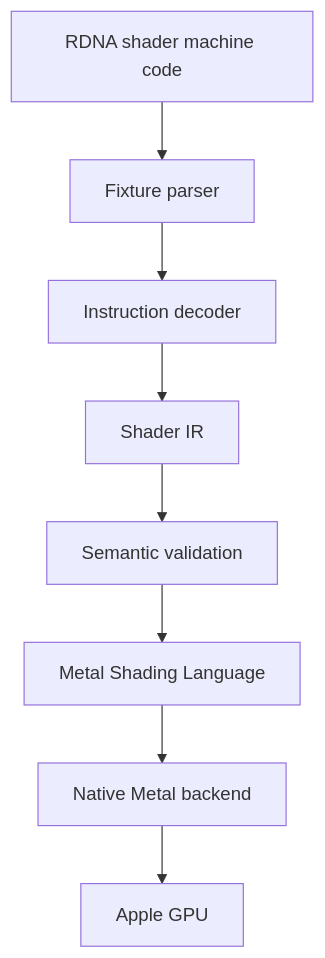
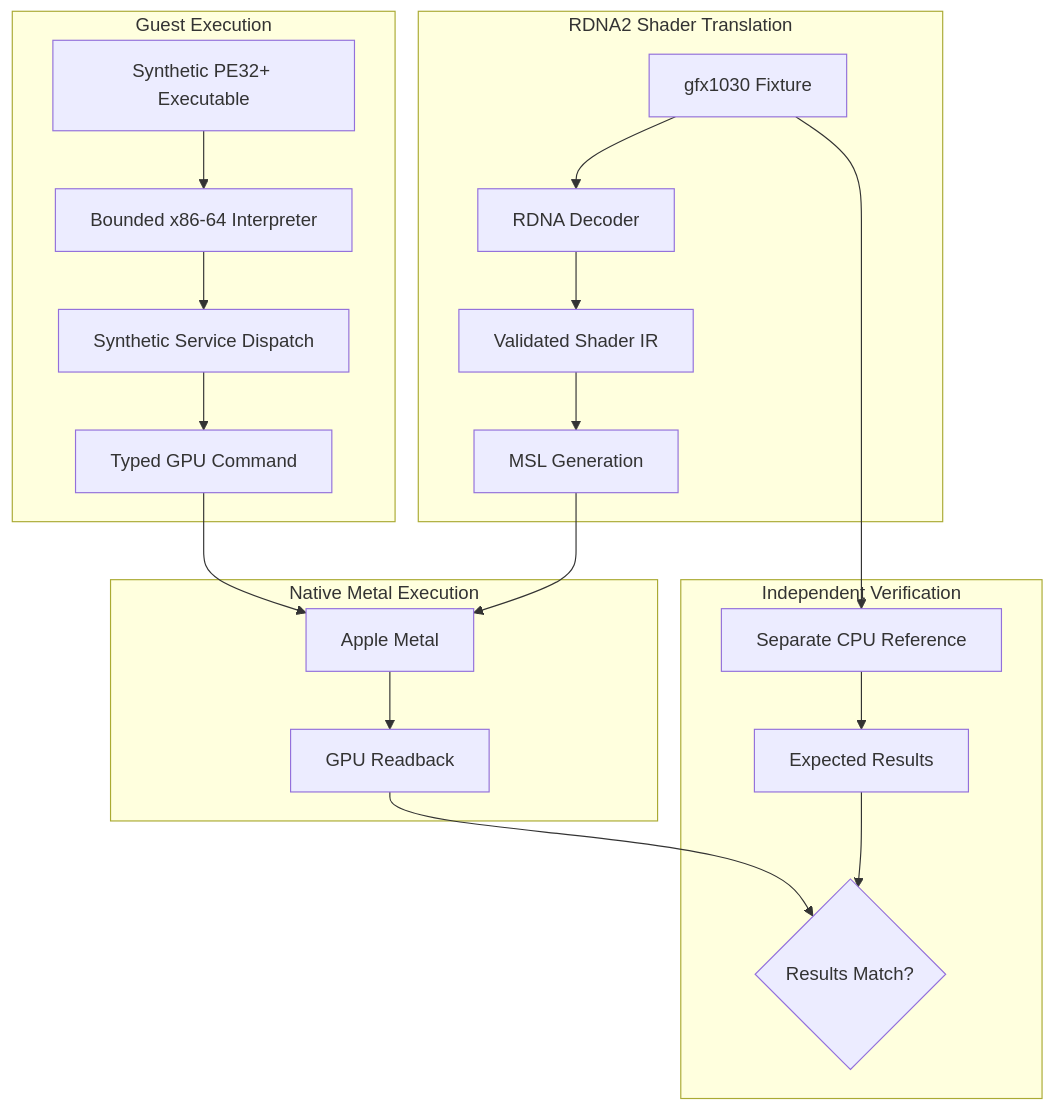
One commit to 1Bartosz/Xenora changed the diagram in README.md. Above: the diagram before and after it, drawn with Mermaid. The commit also changed other lines of this file and 28 other files, not shown here.

````diff
--- a/README.md
+++ b/README.md
@@ -19,10 +27,27 @@
 ```mermaid
 flowchart TD
-    A[RDNA shader machine code] --> P[Fixture parser]
-    P --> B[Instruction decoder]
-    B --> C[Shader IR]
-    C --> D[Semantic validation]
-    D --> E[Metal Shading Language]
-    E --> F[Native Metal backend]
-    F --> G[Apple GPU]
+    subgraph CPU["Guest Execution"]
+        A["Synthetic PE32+ Executable"] --> B["Bounded x86-64 Interpreter"]
+        B --> C["Synthetic Service Dispatch"]
+        C --> D["Typed GPU Command"]
+    end
+
+    subgraph GPU["Native Metal Execution"]
+        D --> E["Apple Metal"]
+        E --> F["GPU Readback"]
+    end
+
+    subgraph SHADER["RDNA2 Shader Translation"]
+        G["gfx1030 Fixture"] --> H["RDNA Decoder"]
+        H --> I["Validated Shader IR"]
+        I --> J["MSL Generation"]
+        J --> E
+    end
+
+    subgraph VERIFY["Independent Verification"]
+        G --> K["Separate CPU Reference"]
+        K --> L["Expected Results"]
+        F --> M{"Results Match?"}
+        L --> M
+    end
 ```
````
